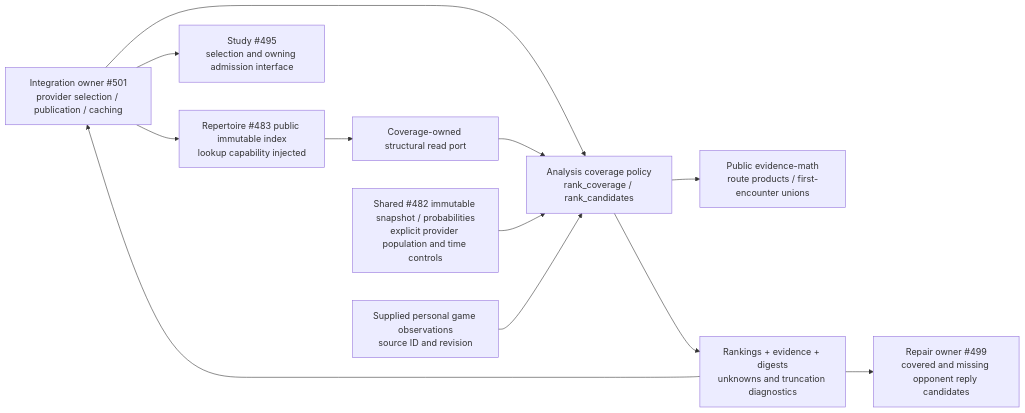
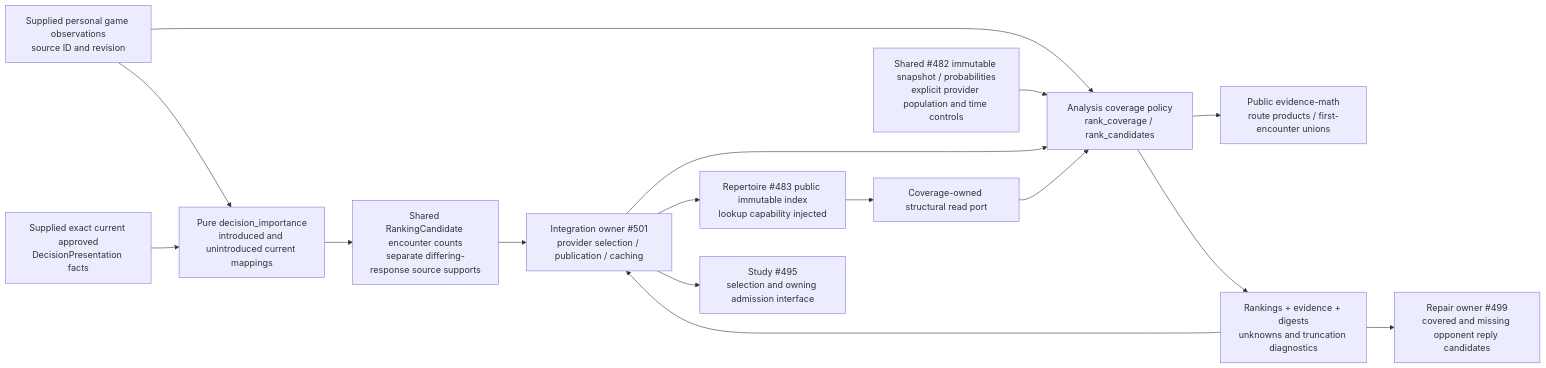
One commit to aaweaver-actuary/tempo changed the diagram in backend/app/analysis/coverage/README.md. Above: the diagram before and after it, drawn with Mermaid. The commit also changed other lines of this file and 2 other files, not shown here.

Commit message:
feat(coverage): expose personal importance for both introduction states

````diff
--- a/backend/app/analysis/coverage/README.md
+++ b/backend/app/analysis/coverage/README.md
@@ -38,14 +42,18 @@
 ```mermaid
 flowchart LR
   Outer["Integration owner #501\nprovider selection / publication / caching"] --> Policy["Analysis coverage policy\nrank_coverage / rank_candidates"]
   Outer --> Index["Repertoire #483 public immutable index\nlookup capability injected"]
   Index --> ReadPort["Coverage-owned structural read port"]
   ReadPort --> Policy
   Facts["Shared #482 immutable snapshot / probabilities\nexplicit provider population and time controls"] --> Policy
   Games["Supplied personal game observations\nsource ID and revision"] --> Policy
+  Games --> Importance["Pure decision_importance\nintroduced and unintroduced current mappings"]
+  Mappings["Supplied exact current approved\nDecisionPresentation facts"] --> Importance
+  Importance --> ImportanceFacts["Shared RankingCandidate encounter counts\nseparate differing-response source supports"]
+  ImportanceFacts --> Outer
   Policy --> Math["Public evidence-math\nroute products / first-encounter unions"]
   Policy --> Result["Rankings + evidence + digests\nunknowns and truncation diagnostics"]
   Result --> Outer
   Outer --> Study["Study #495\nselection and owning admission interface"]
   Result --> Repairs["Repair owner #499\ncovered and missing opponent reply candidates"]
 ```
````
